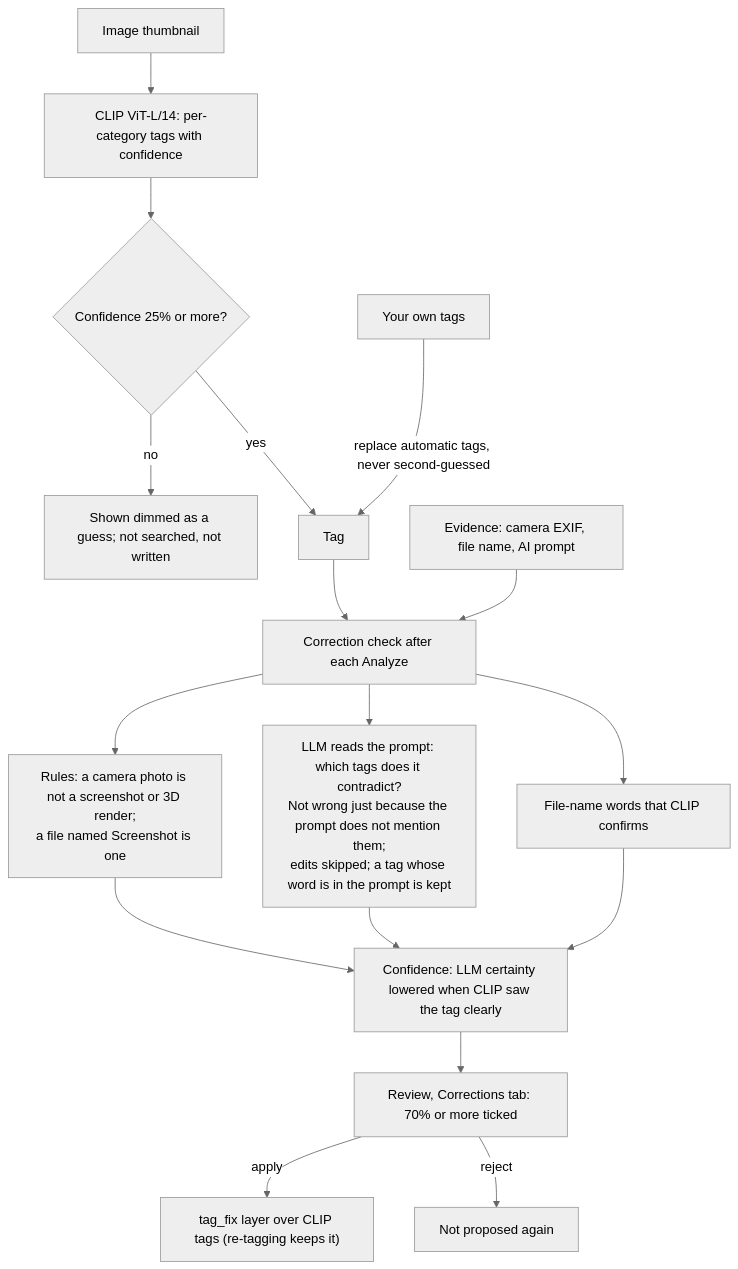
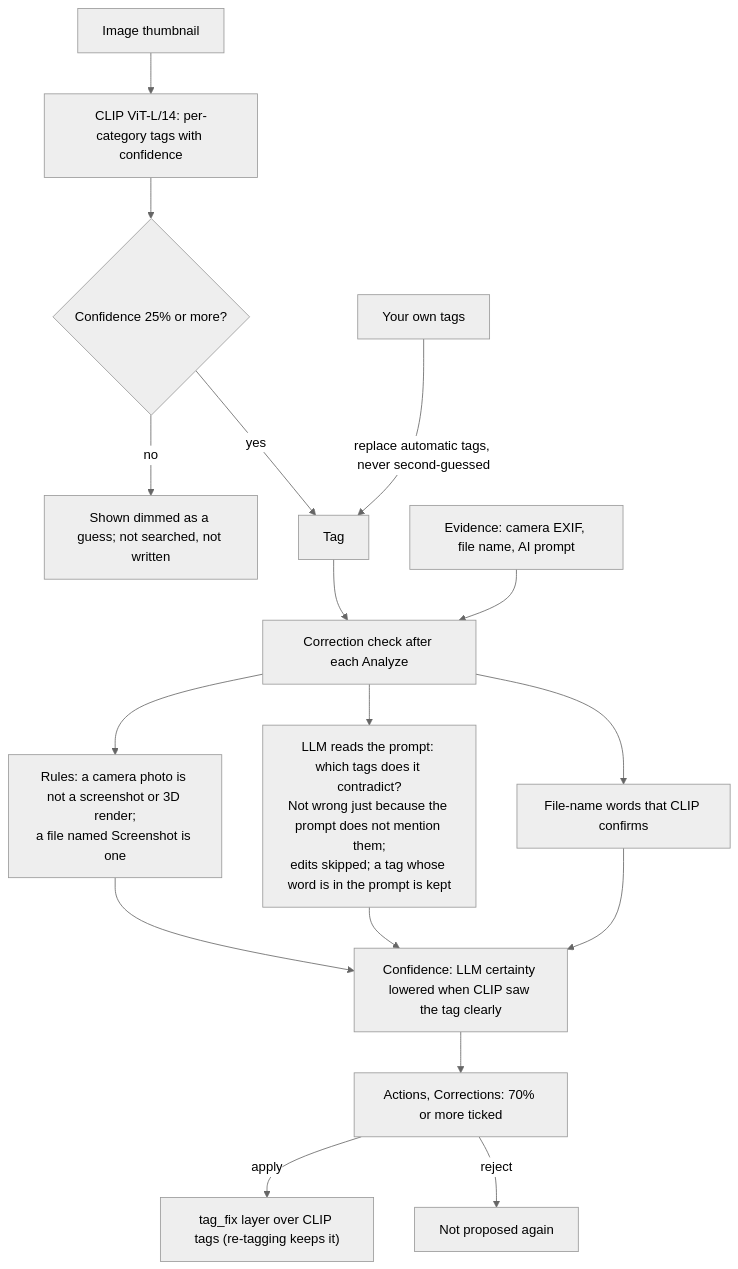
Before and after one commit to jstdlee/jev-photos: the third of 4 diagrams in README.md, drawn with Mermaid (neutral theme). The commit also changed other lines of this file and 8 other files, not shown here.

First line of the commit message:
Actions tab, Analyze options, favorites in Photos, button colours and tooltips

````diff
--- a/README.md
+++ b/README.md
@@ -319,19 +339,19 @@
 ```mermaid
 flowchart TD
     I[Image thumbnail] --> CLIP["CLIP ViT-L/14: per-category tags with confidence"]
     CLIP --> T{Confidence 25% or more?}
     T -->|no| GUESS["Shown dimmed as a guess; not searched, not written"]
     T -->|yes| TAG[Tag]
     TAG --> CHK[Correction check after each Analyze]
     EV["Evidence: camera EXIF, file name, AI prompt"] --> CHK
     CHK --> R1["Rules: a camera photo is not a screenshot or 3D render;<br/>a file named Screenshot is one"]
     CHK --> R2["LLM reads the prompt: which tags does it contradict?<br/>Not wrong just because the prompt does not mention them;<br/>edits skipped; a tag whose word is in the prompt is kept"]
     CHK --> R3["File-name words that CLIP confirms"]
     R1 --> CONF["Confidence: LLM certainty lowered when CLIP saw the tag clearly"]
     R2 --> CONF
     R3 --> CONF
-    CONF --> REV["Review, Corrections tab: 70% or more ticked"]
+    CONF --> REV["Actions, Corrections: 70% or more ticked"]
     REV -->|apply| FIX["tag_fix layer over CLIP tags (re-tagging keeps it)"]
     REV -->|reject| NO[Not proposed again]
     USER["Your own tags"] -->|replace automatic tags, never second-guessed| TAG
 ```
````
